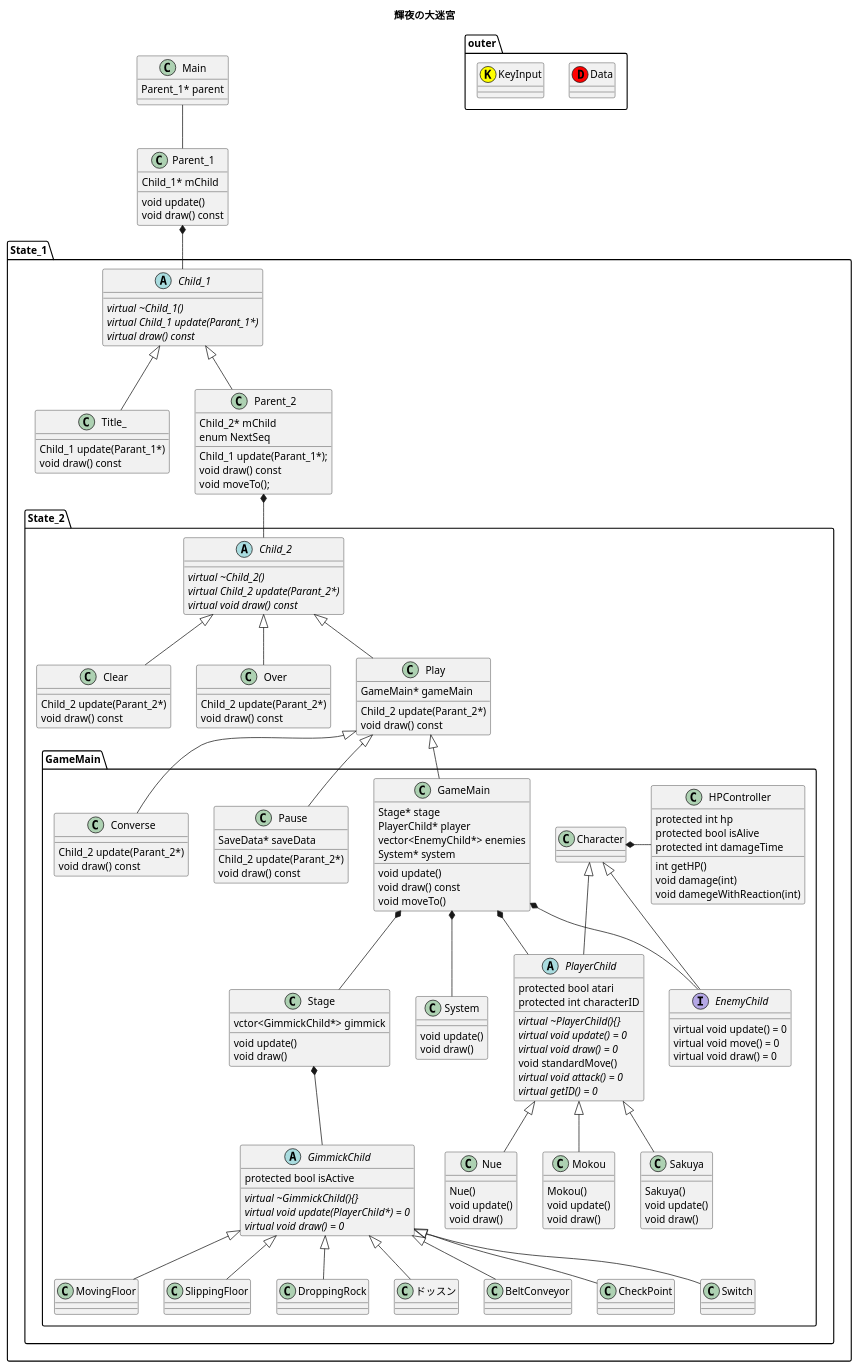
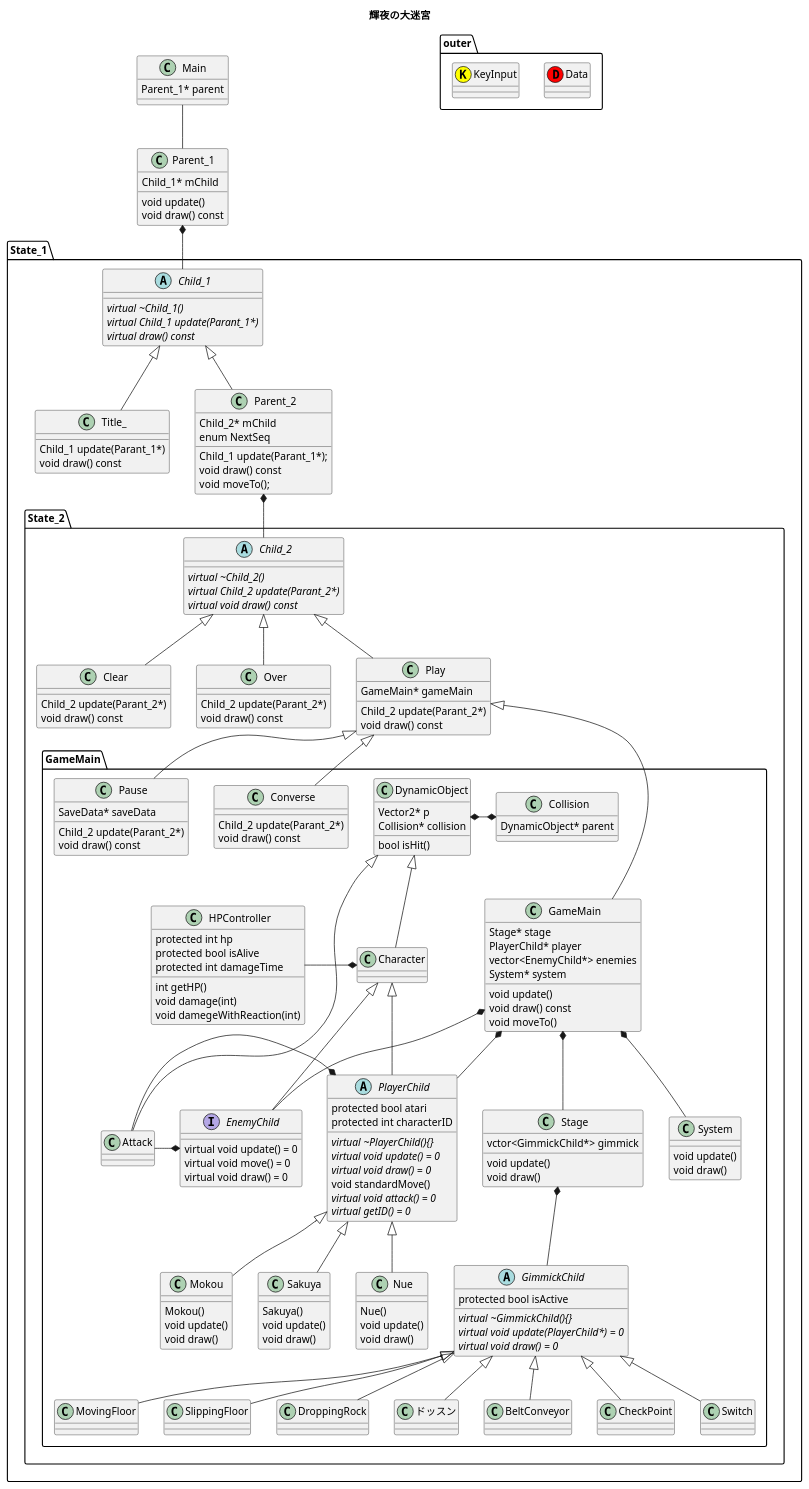
Before and after one commit to easychoco/ArcaniteGummy: the diagram in 紅楼夢_クラス図.pu, drawn with PlantUML. The commit also changed 22 other files, not shown here.

```diff
--- a/紅楼夢_クラス図.pu
+++ b/紅楼夢_クラス図.pu
@@ -121,24 +121,6 @@
       class MovingFloor{
         '落ちる床もここで実装
       }
-      class SlippingFloor{
-
-      }
-      class DroppingRock{
-
-      }
-      class ドッスン{
-
-      }
-      class BeltConveyor{
-
-      }
-      class CheckPoint{
-
-      }
-      class Switch{
-
-      }
 
       abstract PlayerChild{
         protected bool atari
@@ -185,6 +167,16 @@
         void draw()
       }
 
+      class DynamicObject{
+        Vector2* p
+        Collision* collision
+        bool isHit()
+      }
+
+      class Collision{
+        DynamicObject* parent
+      }
+
 
       Play <|-- GameMain
       Play <|-- Pause
@@ -194,9 +186,14 @@
       Stage *-- GimmickChild
       GameMain *--EnemyChild
       GameMain *-- PlayerChild
+      DynamicObject <|-- Character
+      DynamicObject <|-- Attack
+      DynamicObject *-* Collision
       Character <|-- EnemyChild
       Character <|-- PlayerChild
-      Character *- HPController
+      PlayerChild *- Attack
+      EnemyChild *- Attack
+      HPController -* Character
       GimmickChild <|-- MovingFloor
       GimmickChild <|-- SlippingFloor
       GimmickChild <|-- DroppingRock
```
